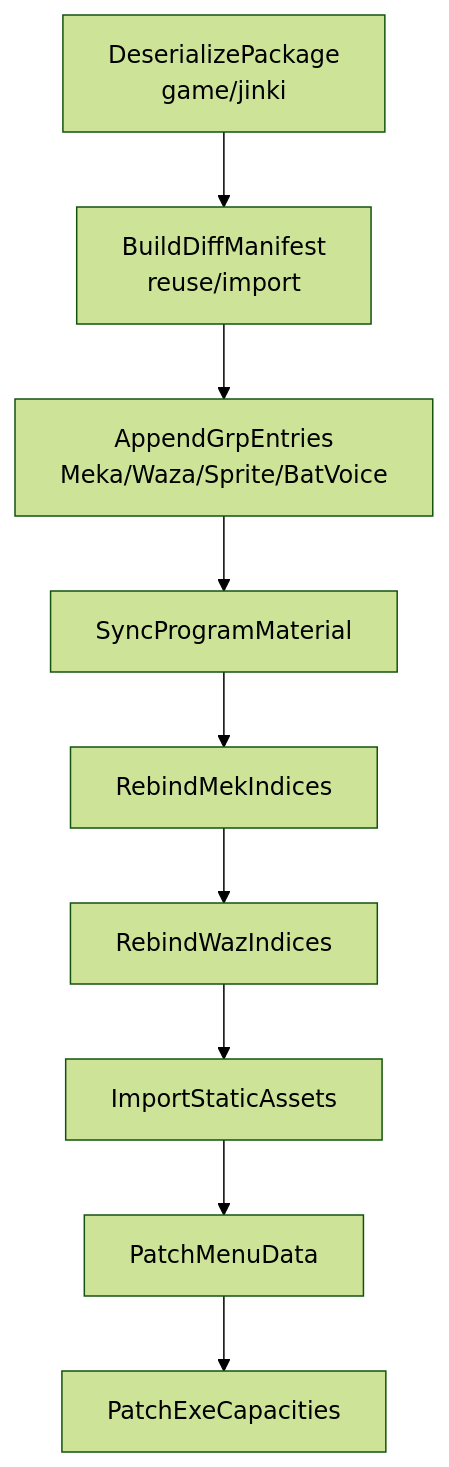
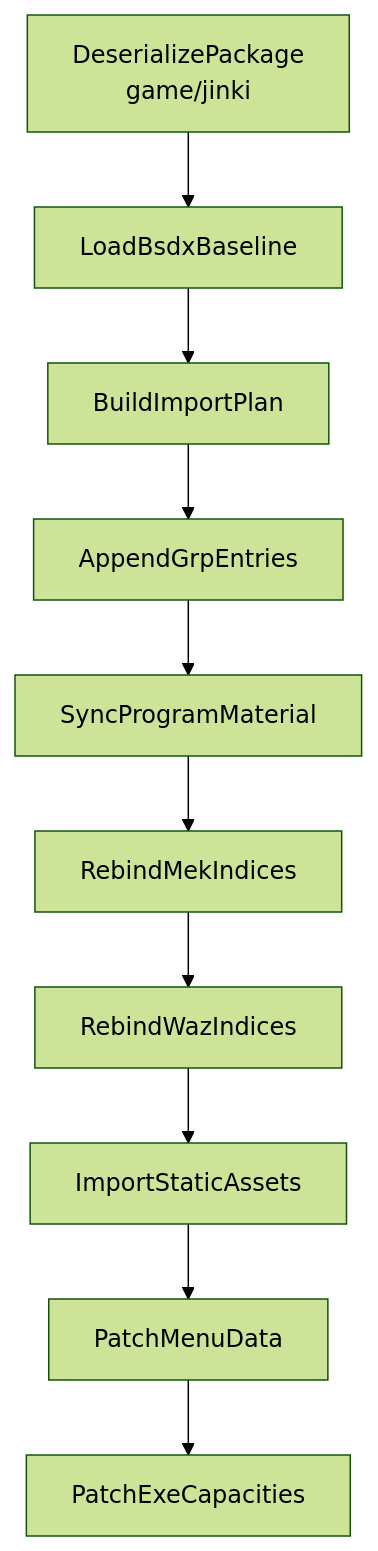
Before and after one commit to Karaik/NeXAS_DX: the diagram in src/main/java/com/giga/nexas/transfer/jinki2bsdx/README.md, drawn with Mermaid (forest theme). The commit also changed other lines of this file and 18 other files, not shown here.

````diff
--- a/src/main/java/com/giga/nexas/transfer/jinki2bsdx/README.md
+++ b/src/main/java/com/giga/nexas/transfer/jinki2bsdx/README.md
@@ -179,11 +135,12 @@
 ```mermaid
 flowchart TB
-    A[DeserializePackage<br/>game/jinki] --> B[BuildDiffManifest<br/>reuse/import]
-    B --> C[AppendGrpEntries<br/>Meka/Waza/Sprite/BatVoice]
-    C --> D[SyncProgramMaterial]
-    D --> E[RebindMekIndices]
-    E --> F[RebindWazIndices]
-    F --> G[ImportStaticAssets]
-    G --> H[PatchMenuData]
-    H --> I[PatchExeCapacities]
+    A[DeserializePackage<br/>game/jinki] --> B[LoadBsdxBaseline]
+    B --> C[BuildImportPlan]
+    C --> D[AppendGrpEntries]
+    D --> E[SyncProgramMaterial]
+    E --> F[RebindMekIndices]
+    F --> G[RebindWazIndices]
+    G --> H[ImportStaticAssets]
+    H --> I[PatchMenuData]
+    I --> J[PatchExeCapacities]
 ```
````
